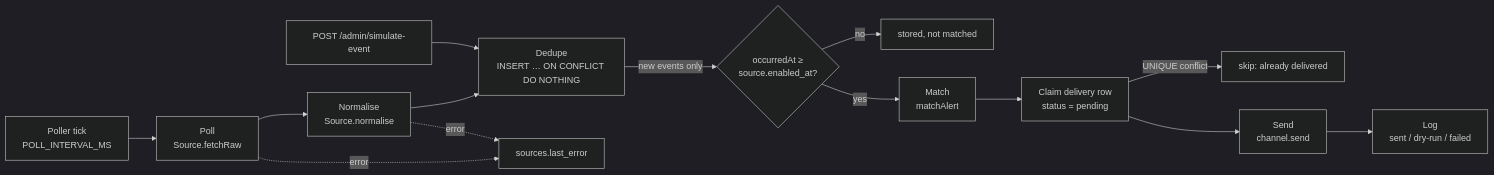
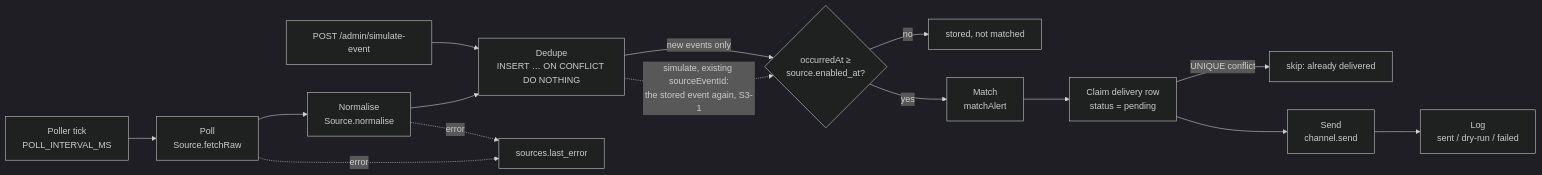
Before and after one commit to kincso/alerts-sonrisa: the diagram in docs/design.md, drawn with Mermaid (dark theme). The commit also changed other lines of this file and 12 other files, not shown here.

````diff
--- a/docs/design.md
+++ b/docs/design.md
@@ -73,16 +74,17 @@
 ```mermaid
 flowchart LR
   T[Poller tick<br/>POLL_INTERVAL_MS] --> P[Poll<br/>Source.fetchRaw]
   SIM[POST /admin/simulate-event] --> D
   P --> N[Normalise<br/>Source.normalise]
   N --> D[Dedupe<br/>INSERT … ON CONFLICT DO NOTHING]
   D -->|new events only| B{occurredAt ≥<br/>source.enabled_at?}
+  D -.->|simulate, existing sourceEventId:<br/>the stored event again, S3-1| B
   B -->|no| X[stored, not matched]
   B -->|yes| M[Match<br/>matchAlert]
   M --> C[Claim delivery row<br/>status = pending]
   C -->|UNIQUE conflict| S[skip: already delivered]
   C --> SEND[Send<br/>channel.send]
   SEND --> L[Log<br/>sent / dry-run / failed]
   P -. error .-> E[sources.last_error]
   N -. error .-> E
 ```
````
